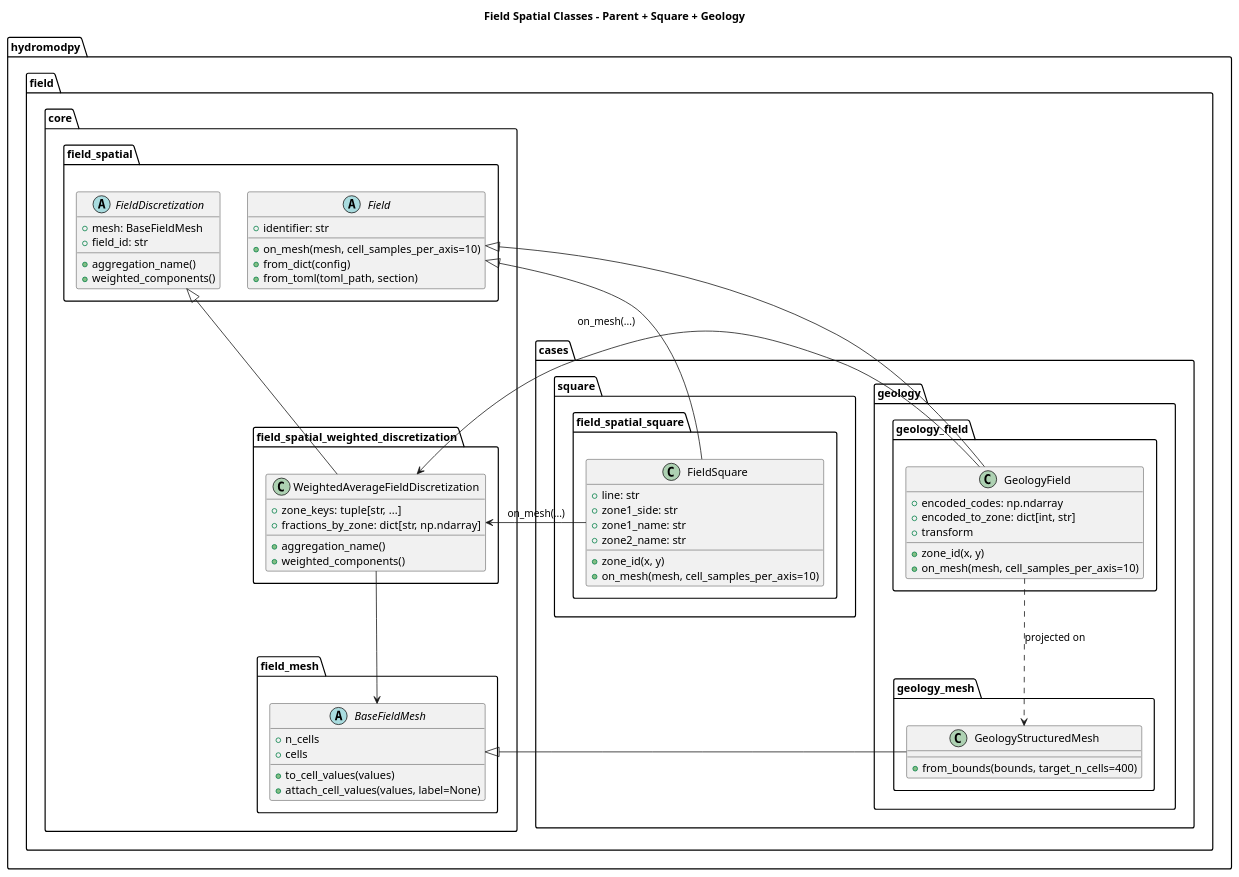
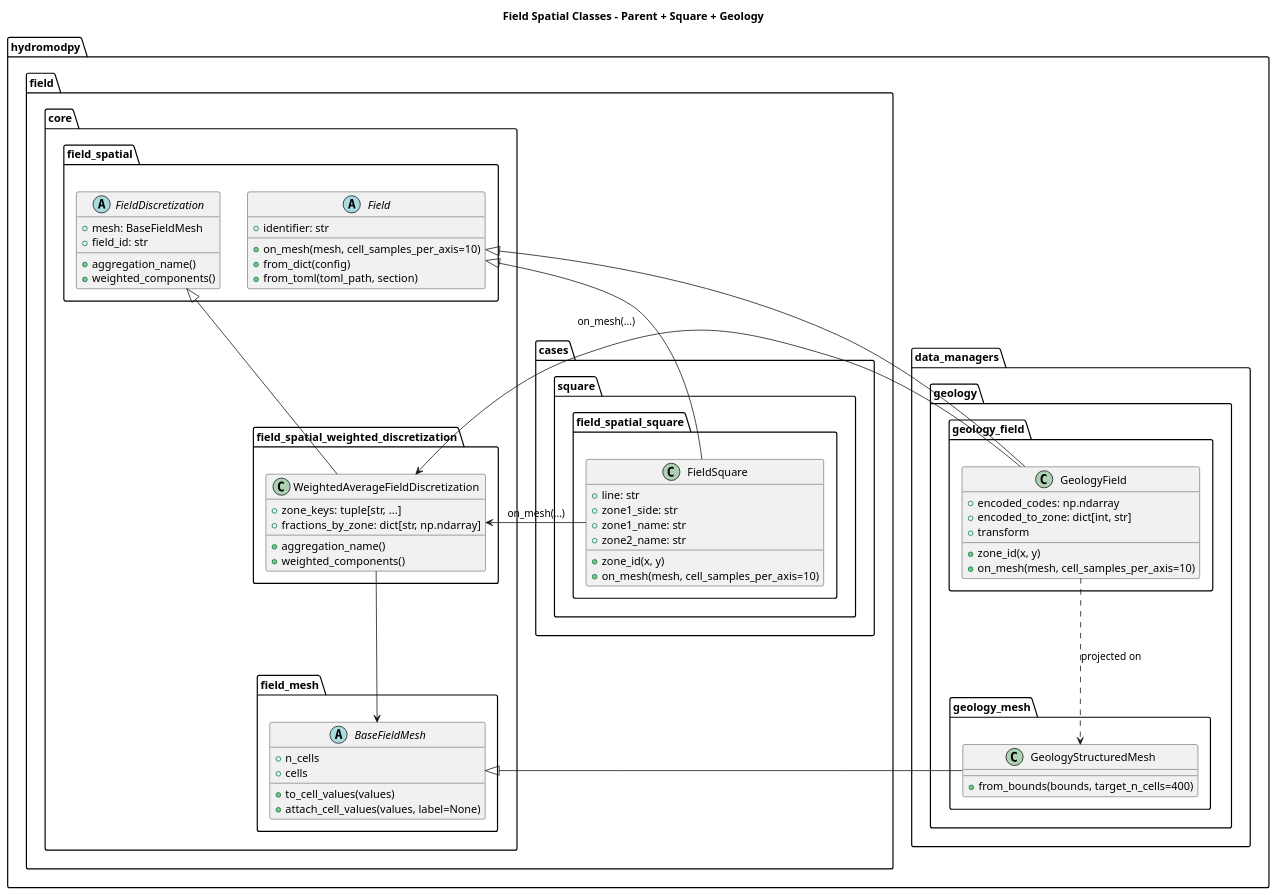
The diagram in hydromodpy/field/uml/field_spatial_cases_classes.wsd (HydroModPy/HydroModPy), drawn with PlantUML before and after one commit. The commit also changed 42 other files, not shown here.

Commit message:
Reorganize data managers and mesh module layout

```diff
--- a/hydromodpy/field/uml/field_spatial_cases_classes.wsd
+++ b/hydromodpy/field/uml/field_spatial_cases_classes.wsd
@@ -1,77 +1,77 @@
 @startuml
 title Field Spatial Classes - Parent + Square + Geology
 
 package "hydromodpy.field.core.field_spatial" {
   abstract class Field {
     +identifier: str
     +on_mesh(mesh, cell_samples_per_axis=10)
     +from_dict(config)
     +from_toml(toml_path, section)
   }
 
   abstract class FieldDiscretization {
     +mesh: BaseFieldMesh
     +field_id: str
     +aggregation_name()
     +weighted_components()
   }
 }
 
 package "hydromodpy.field.core.field_spatial_weighted_discretization" {
   class WeightedAverageFieldDiscretization {
     +zone_keys: tuple[str, ...]
     +fractions_by_zone: dict[str, np.ndarray]
     +aggregation_name()
     +weighted_components()
   }
 }
 
 package "hydromodpy.field.core.field_mesh" {
   abstract class BaseFieldMesh {
     +n_cells
     +cells
     +to_cell_values(values)
     +attach_cell_values(values, label=None)
   }
 }
 
 package "hydromodpy.field.cases.square.field_spatial_square" {
   class FieldSquare {
     +line: str
     +zone1_side: str
     +zone1_name: str
     +zone2_name: str
     +zone_id(x, y)
     +on_mesh(mesh, cell_samples_per_axis=10)
   }
 }
 
-package "hydromodpy.field.cases.geology.geology_field" {
+package "hydromodpy.data_managers.geology.geology_field" {
   class GeologyField {
     +encoded_codes: np.ndarray
     +encoded_to_zone: dict[int, str]
     +transform
     +zone_id(x, y)
     +on_mesh(mesh, cell_samples_per_axis=10)
   }
 }
 
-package "hydromodpy.field.cases.geology.geology_mesh" {
+package "hydromodpy.data_managers.geology.geology_mesh" {
   class GeologyStructuredMesh {
     +from_bounds(bounds, target_n_cells=400)
   }
 }
 
 Field <|-- FieldSquare
 Field <|-- GeologyField
 
 FieldDiscretization <|-- WeightedAverageFieldDiscretization
 WeightedAverageFieldDiscretization --> BaseFieldMesh
 
 FieldSquare --> WeightedAverageFieldDiscretization : on_mesh(...)
 GeologyField --> WeightedAverageFieldDiscretization : on_mesh(...)
 
 BaseFieldMesh <|-- GeologyStructuredMesh
 GeologyField ..> GeologyStructuredMesh : projected on
 
 @enduml
```
